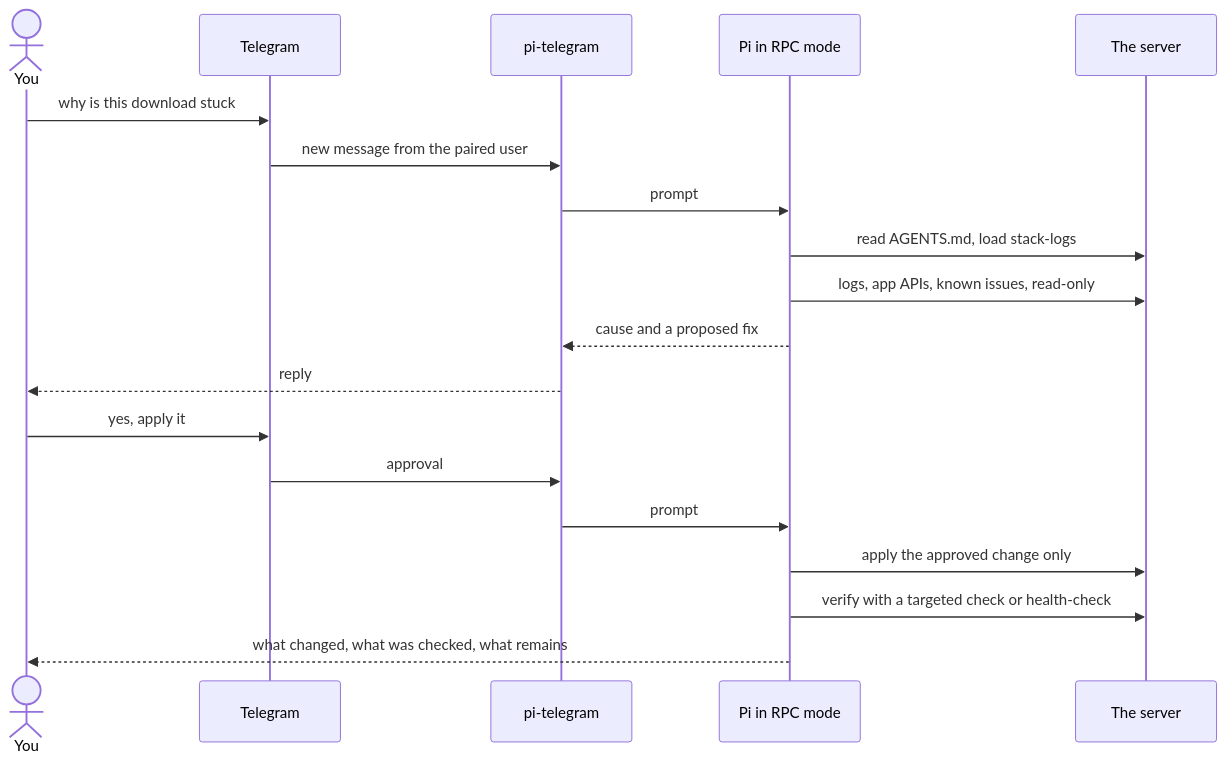
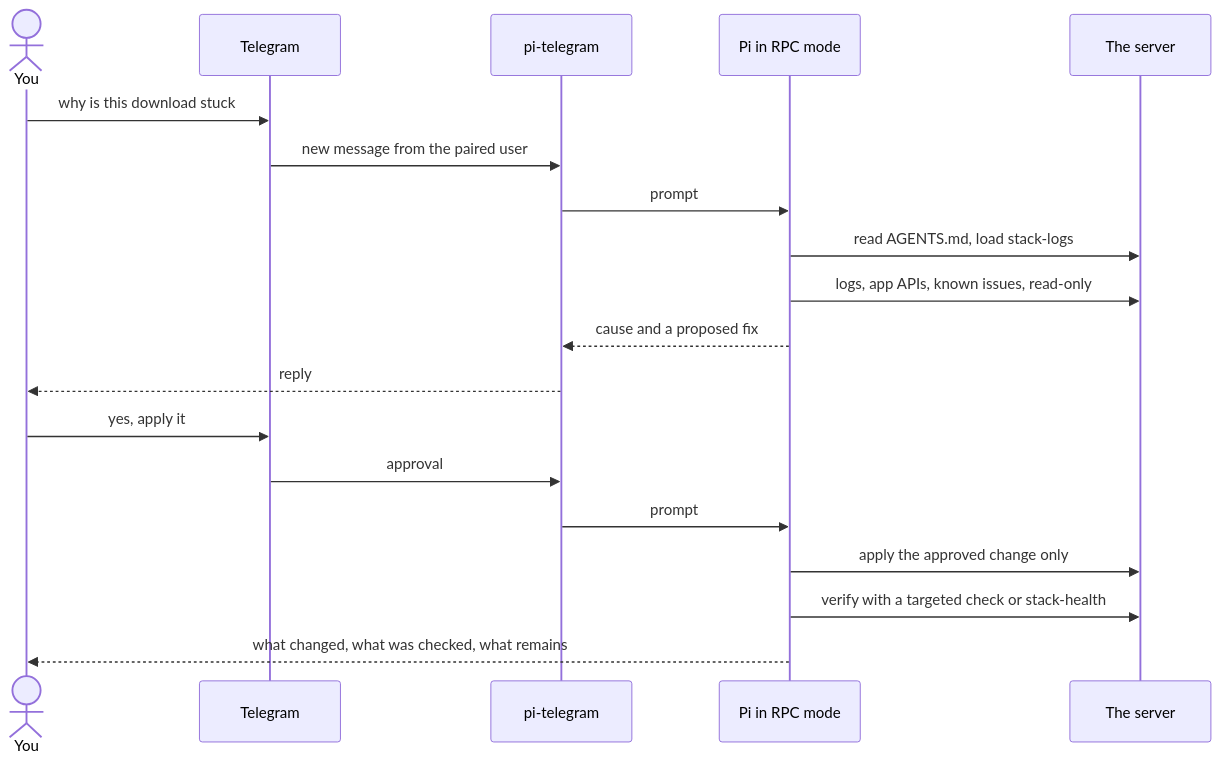
One commit to bugrauluyurt/homelab-media-stack changed the second of 2 diagrams in docs/flows/ai-agent.md. Above: the diagram before and after it, drawn with Mermaid. The commit also changed other lines of this file and 200 other files, not shown here.

````diff
--- a/docs/flows/ai-agent.md
+++ b/docs/flows/ai-agent.md
@@ -118,22 +118,22 @@
 ```mermaid
 sequenceDiagram
     actor You
     participant TG as Telegram
     participant EXT as pi-telegram
     participant PI as Pi in RPC mode
     participant SV as The server
 
     You->>TG: why is this download stuck
     TG->>EXT: new message from the paired user
     EXT->>PI: prompt
     PI->>SV: read AGENTS.md, load stack-logs
     PI->>SV: logs, app APIs, known issues, read-only
     PI-->>EXT: cause and a proposed fix
     EXT-->>You: reply
     You->>TG: yes, apply it
     TG->>EXT: approval
     EXT->>PI: prompt
     PI->>SV: apply the approved change only
-    PI->>SV: verify with a targeted check or health-check
+    PI->>SV: verify with a targeted check or stack-health
     PI-->>You: what changed, what was checked, what remains
 ```
````
